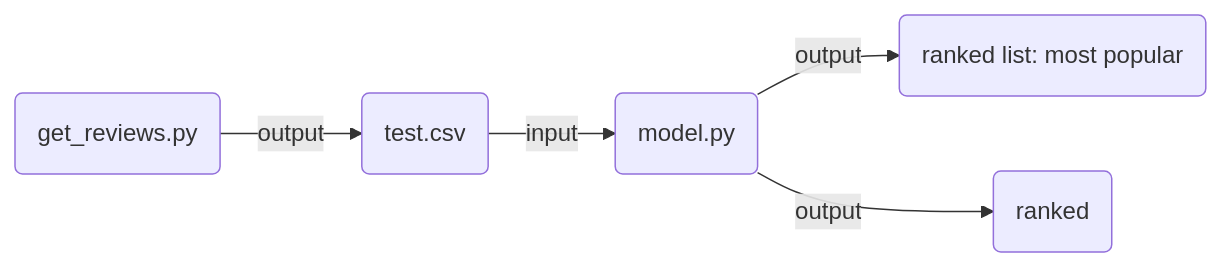
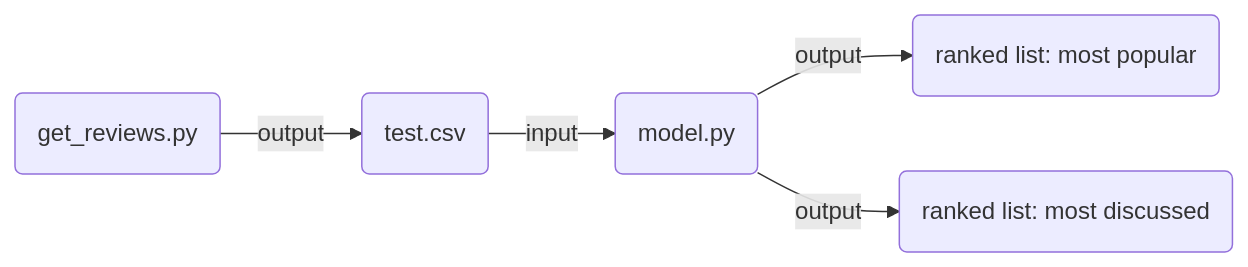
One commit to alivabernali/MovieRekomendr changed the diagram in README.md. Above: the diagram before and after it, drawn with Mermaid.

````diff
--- a/README.md
+++ b/README.md
@@ -13,4 +13,4 @@
 ```mermaid
 graph LR
-A(get_reviews.py)-->|output| B(test.csv)-->|input| C(model.py)-->|output| D(ranked list: most popular) & E(ranked)
+A(get_reviews.py)-->|output| B(test.csv)-->|input| C(model.py)-->|output| D(ranked list: most popular) & E(ranked list: most discussed)
 ```
````
